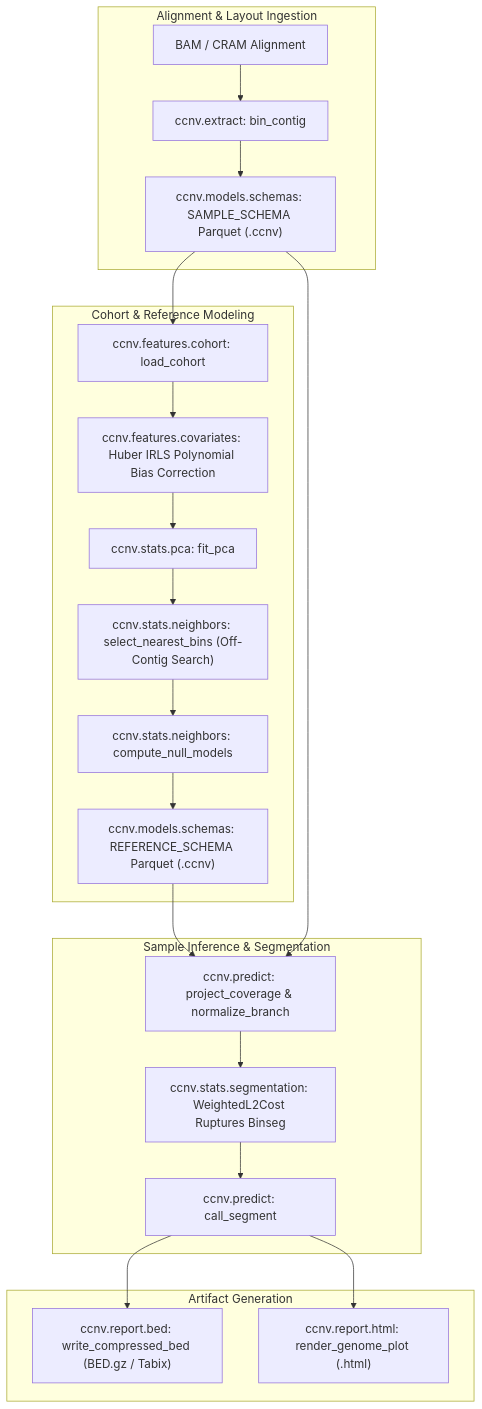
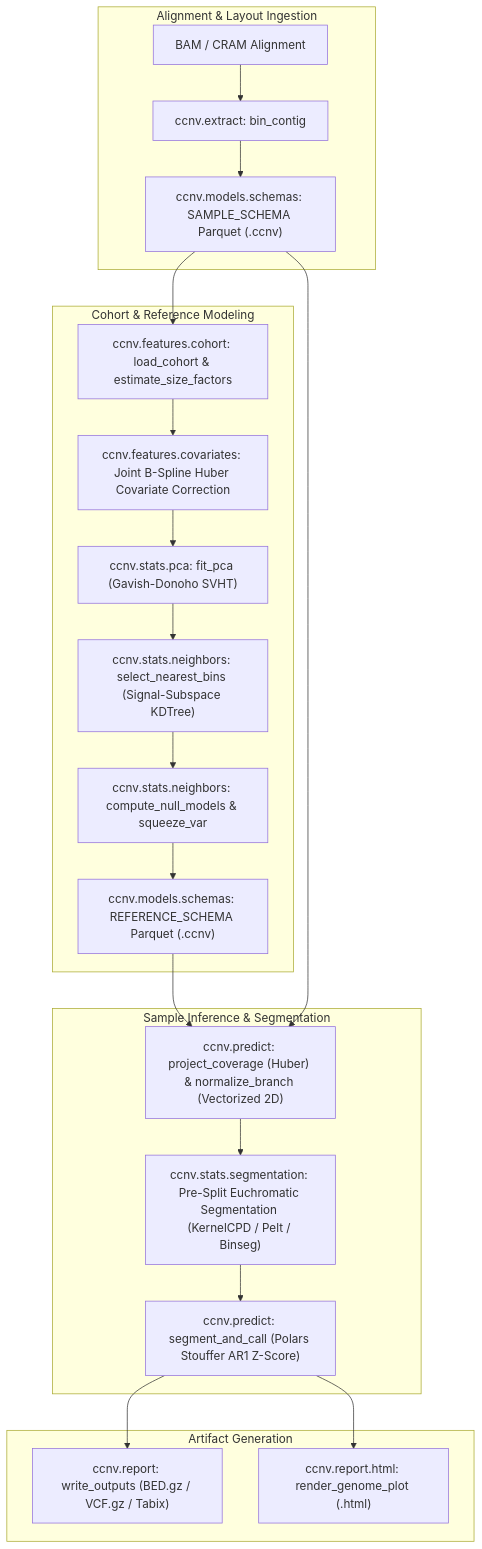
The diagram in src/ccnv/README.md (matthdsm/ccnv), drawn with Mermaid before and after one commit. The commit also changed other lines of this file and 9 other files, not shown here.

````diff
--- a/src/ccnv/README.md
+++ b/src/ccnv/README.md
@@ -7,25 +7,25 @@
 ```mermaid
 flowchart TD
     subgraph Ingestion["Alignment & Layout Ingestion"]
         A["BAM / CRAM Alignment"] --> B["ccnv.extract: bin_contig"]
         B --> C["ccnv.models.schemas: SAMPLE_SCHEMA Parquet (.ccnv)"]
     end
     subgraph ReferenceModeling["Cohort & Reference Modeling"]
-        C --> D["ccnv.features.cohort: load_cohort"]
-        D --> E["ccnv.features.covariates: Huber IRLS Polynomial Bias Correction"]
-        E --> F["ccnv.stats.pca: fit_pca"]
-        F --> G["ccnv.stats.neighbors: select_nearest_bins (Off-Contig Search)"]
-        G --> H["ccnv.stats.neighbors: compute_null_models"]
+        C --> D["ccnv.features.cohort: load_cohort & estimate_size_factors"]
+        D --> E["ccnv.features.covariates: Joint B-Spline Huber Covariate Correction"]
+        E --> F["ccnv.stats.pca: fit_pca (Gavish-Donoho SVHT)"]
+        F --> G["ccnv.stats.neighbors: select_nearest_bins (Signal-Subspace KDTree)"]
+        G --> H["ccnv.stats.neighbors: compute_null_models & squeeze_var"]
         H --> I["ccnv.models.schemas: REFERENCE_SCHEMA Parquet (.ccnv)"]
     end
     subgraph Inference["Sample Inference & Segmentation"]
-        I --> J["ccnv.predict: project_coverage & normalize_branch"]
+        I --> J["ccnv.predict: project_coverage (Huber) & normalize_branch (Vectorized 2D)"]
         C --> J
-        J --> K["ccnv.stats.segmentation: WeightedL2Cost Ruptures Binseg"]
-        K --> L["ccnv.predict: call_segment"]
+        J --> K["ccnv.stats.segmentation: Pre-Split Euchromatic Segmentation (KernelCPD / Pelt / Binseg)"]
+        K --> L["ccnv.predict: segment_and_call (Polars Stouffer AR1 Z-Score)"]
     end
     subgraph Reporting["Artifact Generation"]
-        L --> M["ccnv.report.bed: write_compressed_bed (BED.gz / Tabix)"]
+        L --> M["ccnv.report: write_outputs (BED.gz / VCF.gz / Tabix)"]
         L --> N["ccnv.report.html: render_genome_plot (.html)"]
     end
 ```
````
